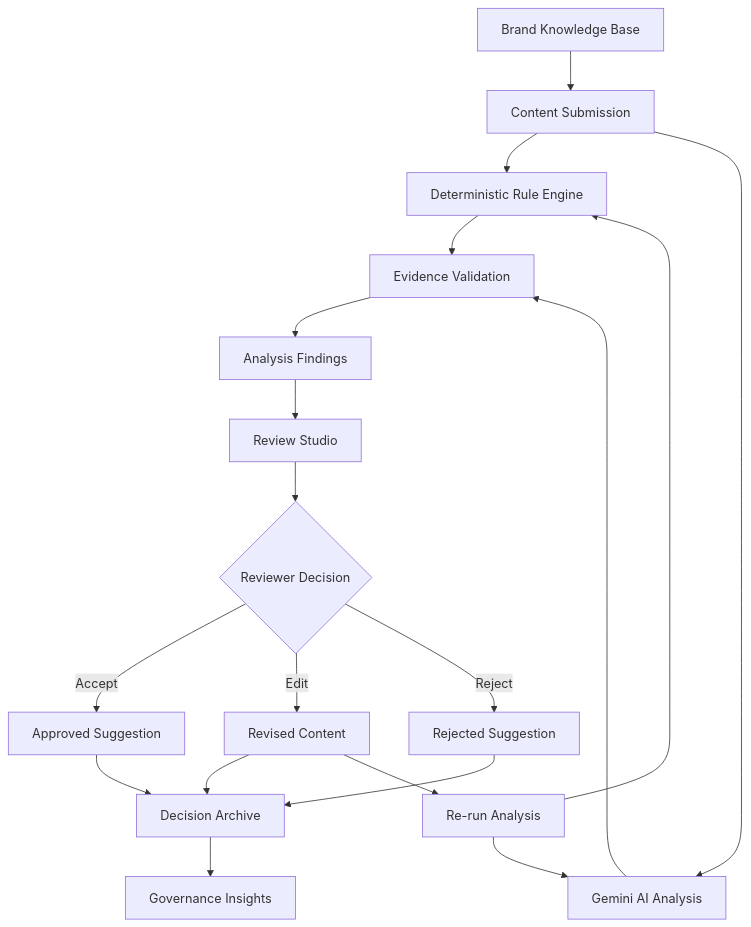
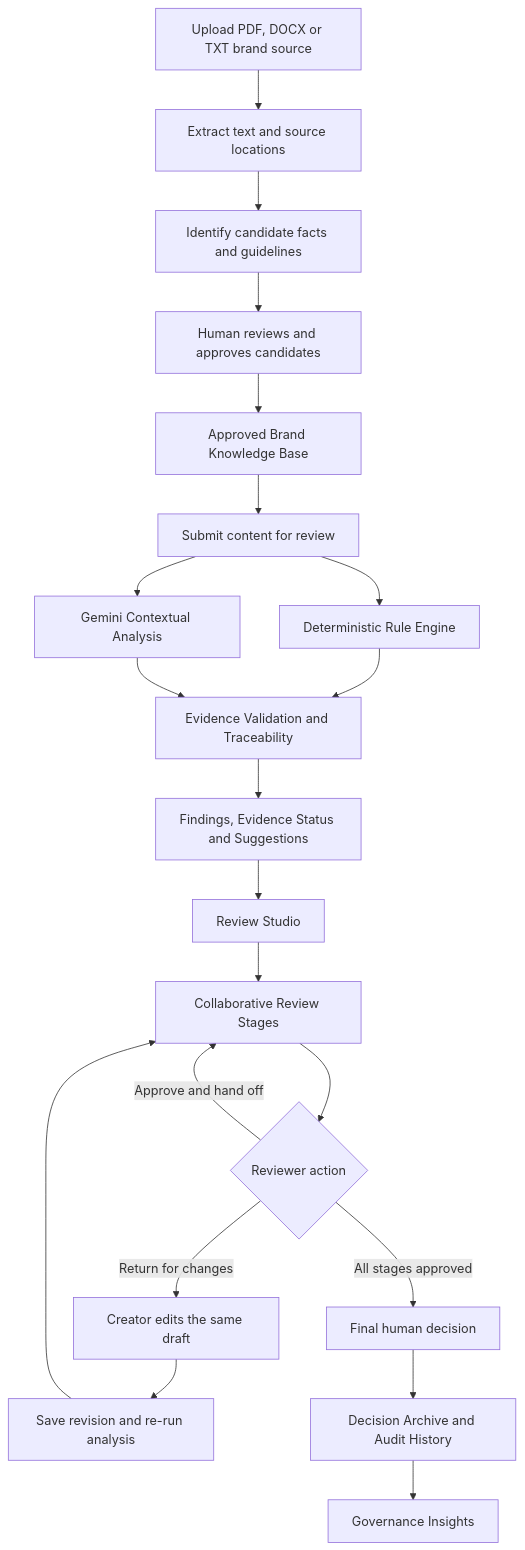
One commit to adoraeden/brandguard-ai changed the first of 2 diagrams in README.md. Above: the diagram before and after it, drawn with Mermaid. The commit also changed other lines of this file, not shown here.

Commit message:
docs: update BrandGuard AI Round 3 README

````diff
--- a/README.md
+++ b/README.md
@@ -73,21 +196,23 @@
 ```mermaid
 flowchart TD
-    A[Brand Knowledge Base] --> B[Content Submission]
-    B --> C[Deterministic Rule Engine]
-    B --> D[Gemini AI Analysis]
-    C --> E[Evidence Validation]
-    D --> E
-    E --> F[Analysis Findings]
-    F --> G[Review Studio]
-    G --> H{Reviewer Decision}
-    H -->|Accept| I[Approved Suggestion]
-    H -->|Edit| J[Revised Content]
-    H -->|Reject| K[Rejected Suggestion]
-    I --> L[Decision Archive]
-    J --> L
-    K --> L
-    J --> M[Re-run Analysis]
-    M --> C
-    M --> D
-    L --> N[Governance Insights]
+    A[Upload PDF, DOCX or TXT brand source] --> B[Extract text and source locations]
+    B --> C[Identify candidate facts and guidelines]
+    C --> D[Human reviews and approves candidates]
+    D --> E[Approved Brand Knowledge Base]
+    E --> F[Submit content for review]
+    F --> G[Deterministic Rule Engine]
+    F --> H[Gemini Contextual Analysis]
+    G --> I[Evidence Validation and Traceability]
+    H --> I
+    I --> J[Findings, Evidence Status and Suggestions]
+    J --> K[Review Studio]
+    K --> L[Collaborative Review Stages]
+    L --> M{Reviewer action}
+    M -->|Approve and hand off| L
+    M -->|Return for changes| N[Creator edits the same draft]
+    N --> O[Save revision and re-run analysis]
+    O --> L
+    M -->|All stages approved| P[Final human decision]
+    P --> Q[Decision Archive and Audit History]
+    Q --> R[Governance Insights]
 ```
````
